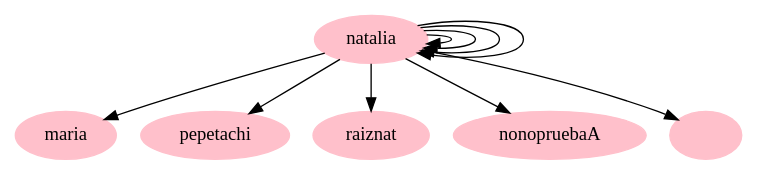
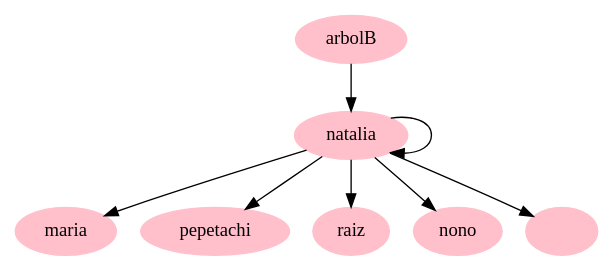
The diagram in FASE2/btree.dot (nxz7/EDD_PROYECTO-_202200007), drawn with Graphviz before and after one commit. The commit also changed 35 other files, not shown here.

```diff
--- a/FASE2/btree.dot
+++ b/FASE2/btree.dot
@@ -1,3 +1,3 @@
 digraph btree {
 node [color=pink, style=filled]
- natalia  ->  natalia natalia  ->  maria natalia  ->  pepetachi natalia  ->  raiznat natalia  ->     natalia  ->       natalia  ->  nonopruebaA natalia  ->     natalia  ->            ""} 
+ arbolB ->   natalia   natalia  ->  maria natalia  ->  pepetachi natalia  ->  raiz natalia  ->       natalia  ->  nono natalia  ->            ""} 
```
